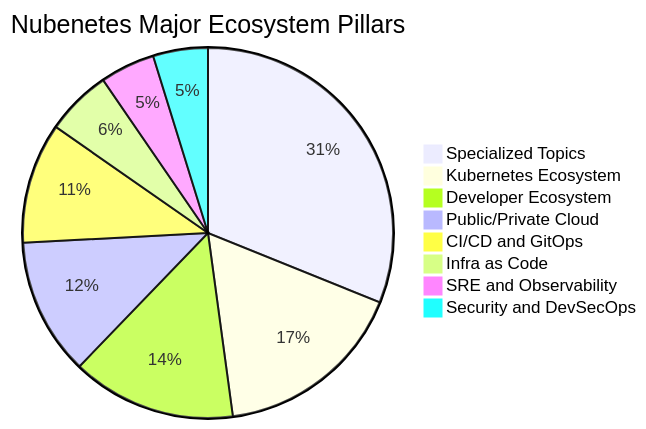
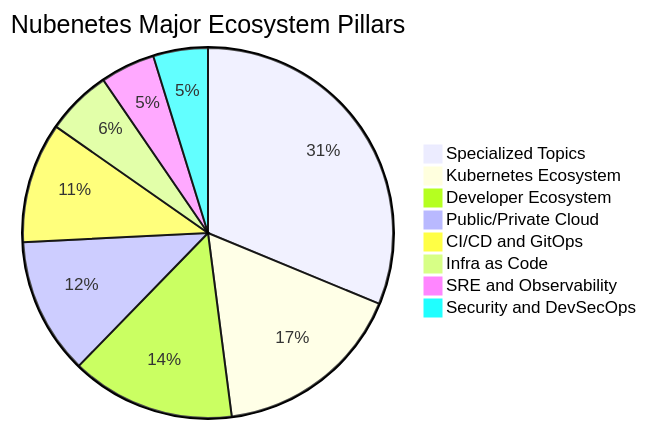
The second of 15 diagrams in README.md (nubenetes/awesome-kubernetes), drawn with Mermaid before and after one commit. The commit also changed other lines of this file and 24 other files, not shown here.

````diff
--- a/README.md
+++ b/README.md
@@ -312,11 +312,11 @@
 ```mermaid
 pie title Nubenetes Major Ecosystem Pillars
-    "Specialized Topics" : 6502
+    "Specialized Topics" : 6542
     "Kubernetes Ecosystem" : 3500
     "Developer Ecosystem" : 3000
     "Public/Private Cloud" : 2500
     "CI/CD and GitOps" : 2200
     "Infra as Code" : 1200
     "SRE and Observability" : 1000
     "Security and DevSecOps" : 1000
 ```
````
